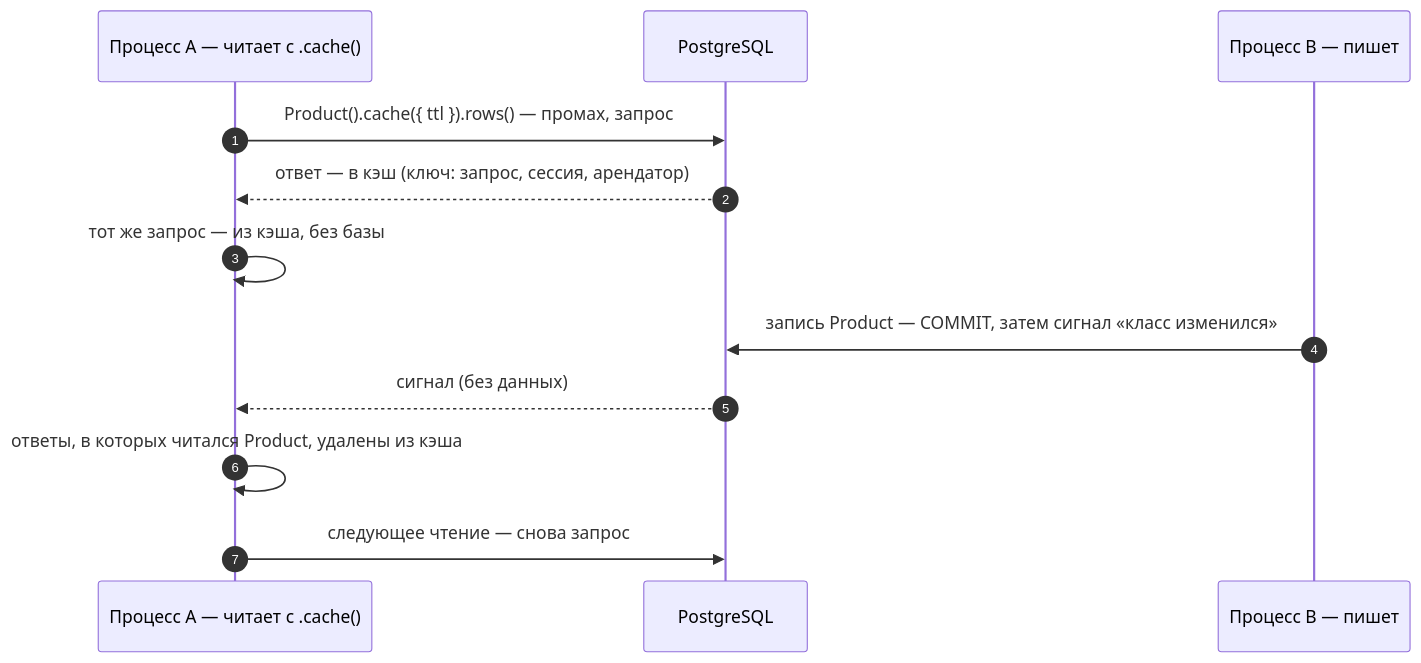
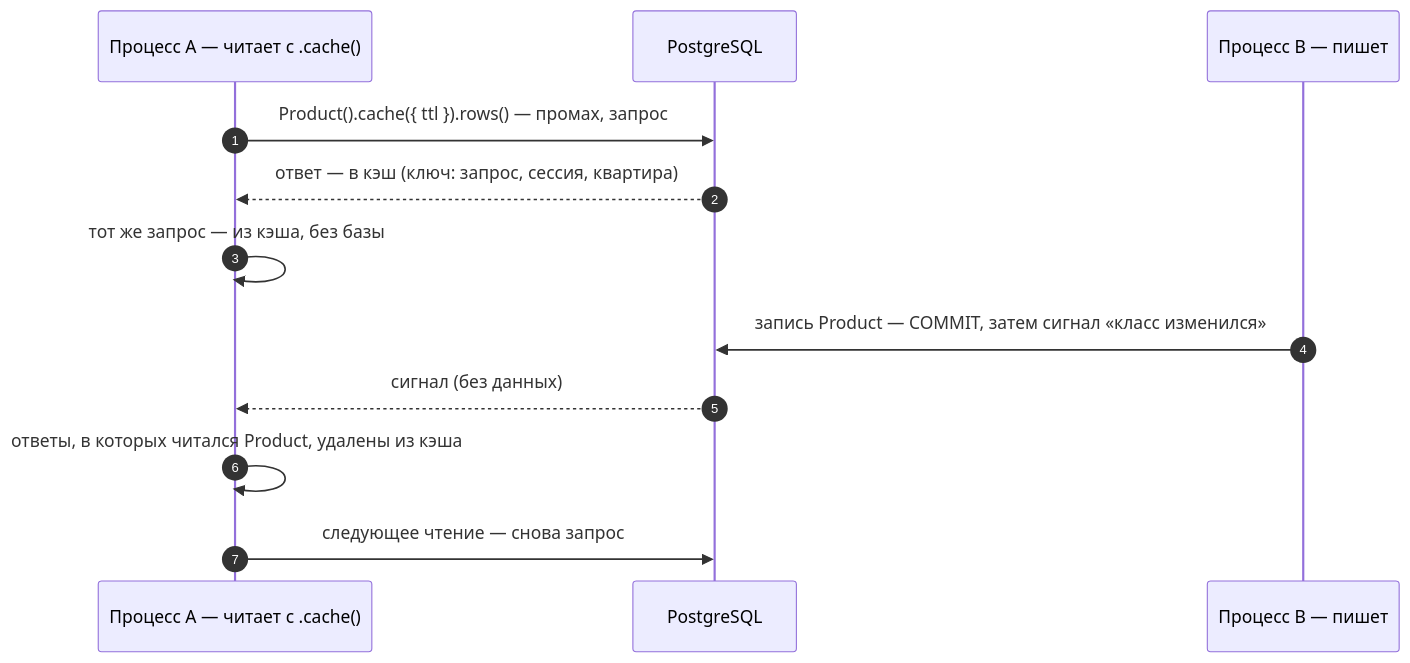
The third of 3 diagrams in guide/pages/watch/index.md (alepri51/letopis), drawn with Mermaid before and after one commit. The commit also changed other lines of this file and 86 other files, not shown here.

````diff
--- a/guide/pages/watch/index.md
+++ b/guide/pages/watch/index.md
@@ -38,14 +79,14 @@
 ```mermaid
 sequenceDiagram
   autonumber
   participant A as Процесс A — читает с .cache()
   participant DB as PostgreSQL
   participant B as Процесс B — пишет
   A->>DB: Product().cache({ ttl }).rows() — промах, запрос
-  DB-->>A: ответ — в кэш (ключ: запрос, сессия, арендатор)
+  DB-->>A: ответ — в кэш (ключ: запрос, сессия, квартира)
   A->>A: тот же запрос — из кэша, без базы
   B->>DB: запись Product — COMMIT, затем сигнал «класс изменился»
   DB-->>A: сигнал (без данных)
   A->>A: ответы, в которых читался Product, удалены из кэша
   A->>DB: следующее чтение — снова запрос
 ```
````
